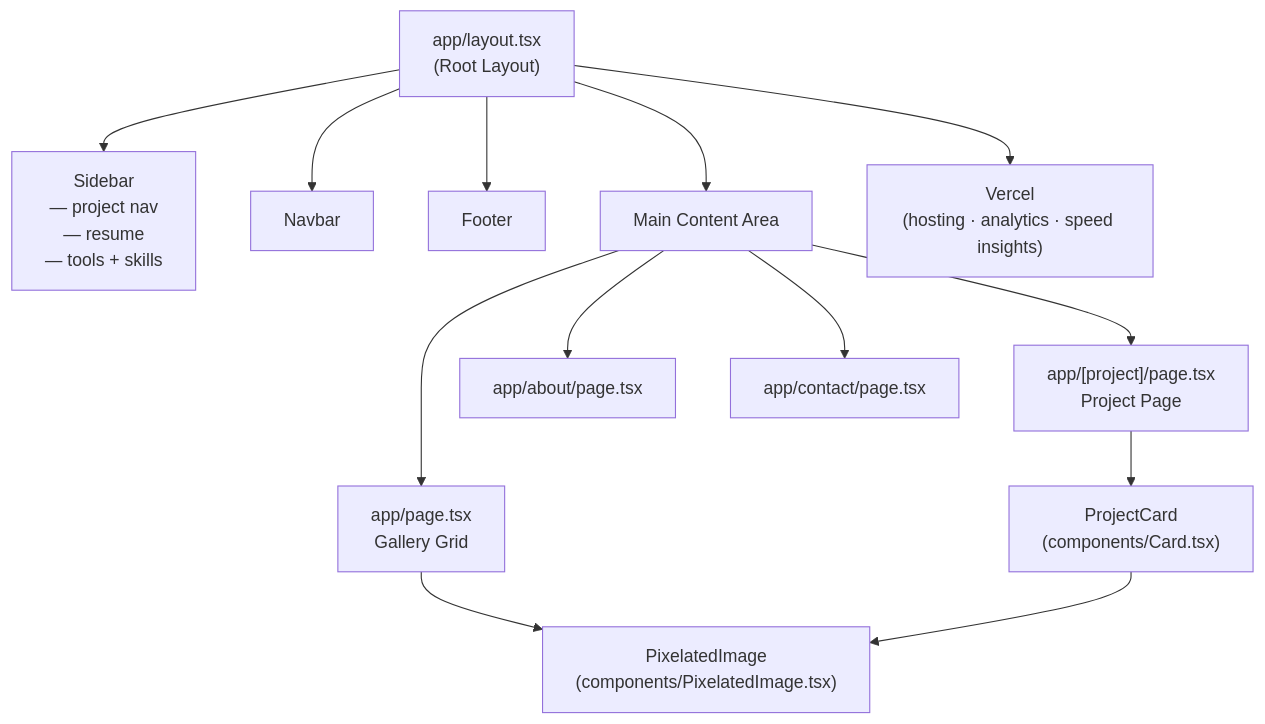
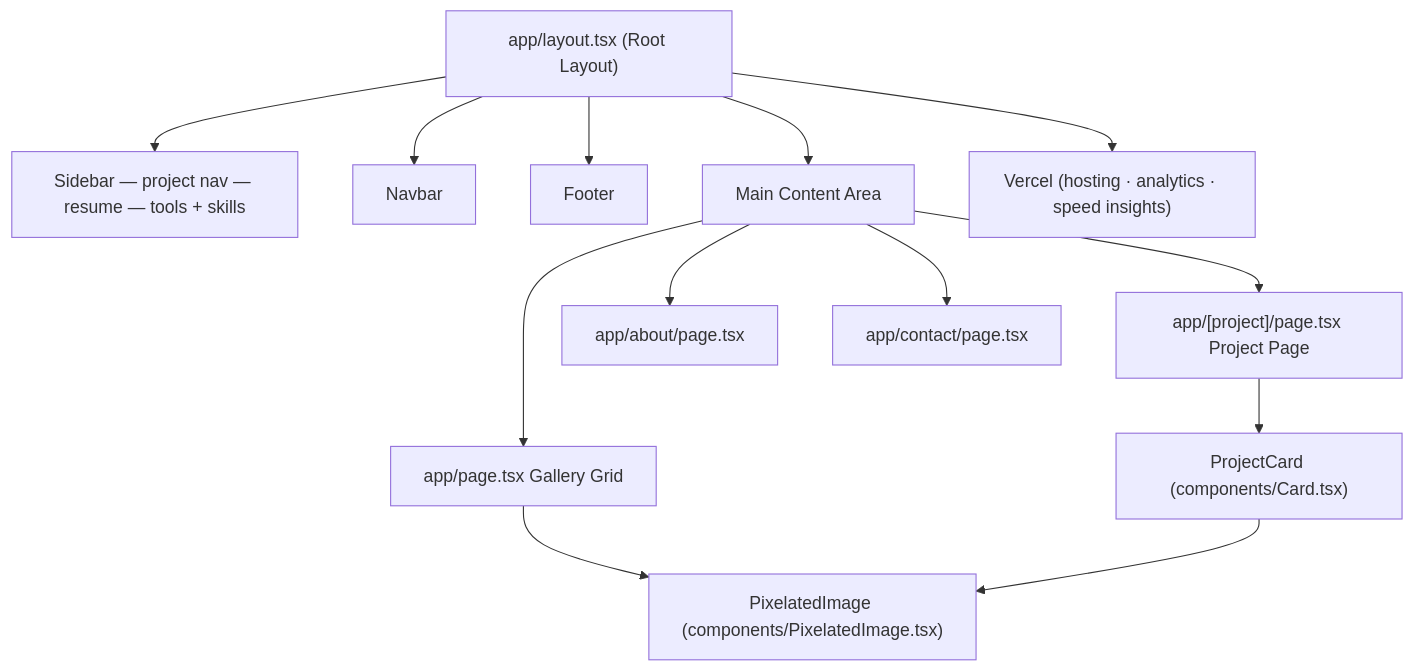
Before and after one commit to ninar12/portfolio: the diagram in README.md, drawn with Mermaid. The commit also changed 7 other files, not shown here.

````diff
--- a/README.md
+++ b/README.md
@@ -9,24 +9,24 @@
 ```mermaid
 graph TD
-    layout["app/layout.tsx\n(Root Layout)"]
-    sidebar["Sidebar\n— project nav\n— resume\n— tools + skills"]
+    layout["app/layout.tsx (Root Layout)"]
+    sidebar["Sidebar — project nav — resume — tools + skills"]
     navbar["Navbar"]
     footer["Footer"]
     main["Main Content Area"]
 
     layout --> navbar
     layout --> sidebar
     layout --> main
     layout --> footer
 
-    main --> home["app/page.tsx\nGallery Grid"]
-    main --> project["app/[project]/page.tsx\nProject Page"]
+    main --> home["app/page.tsx Gallery Grid"]
+    main --> project["app/[project]/page.tsx Project Page"]
     main --> about["app/about/page.tsx"]
     main --> contact["app/contact/page.tsx"]
 
-    project --> card["ProjectCard\n(components/Card.tsx)"]
-    home --> piximg["PixelatedImage\n(components/PixelatedImage.tsx)"]
+    project --> card["ProjectCard (components/Card.tsx)"]
+    home --> piximg["PixelatedImage (components/PixelatedImage.tsx)"]
     card --> piximg
 
-    layout --> vercel["Vercel\n(hosting · analytics · speed insights)"]
+    layout --> vercel["Vercel (hosting · analytics · speed insights)"]
 ```
````
